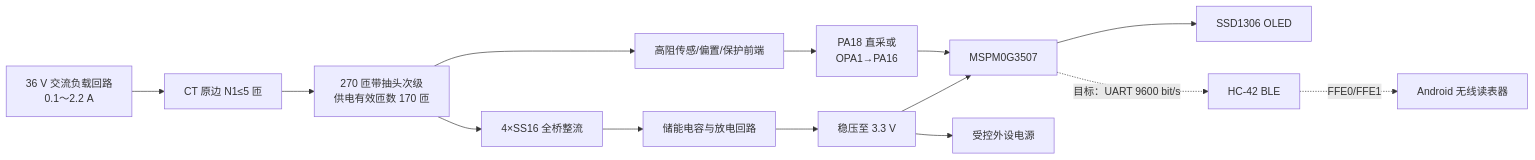
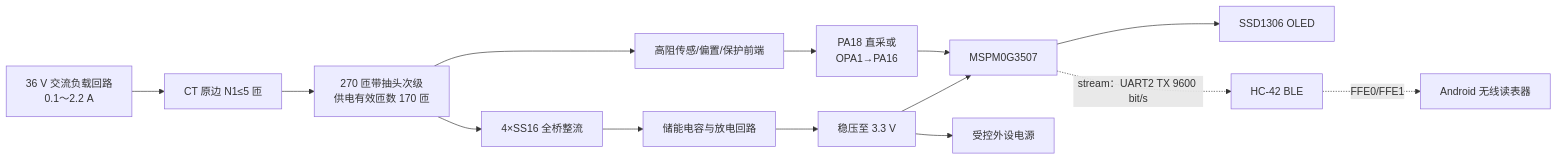
The first of 5 diagrams in docs/本地项目完整方案_硬件与软件.md (one-night-standby/passive-ac-ammeter-and-wireless-reader), drawn with Mermaid before and after one commit. The commit also changed other lines of this file, not shown here.

````diff
--- a/docs/本地项目完整方案_硬件与软件.md
+++ b/docs/本地项目完整方案_硬件与软件.md
@@ -18,16 +20,16 @@
 ```mermaid
 flowchart LR
     L["36 V 交流负载回路<br/>0.1～2.2 A"] --> CT["CT 原边 N1≤5 匝"]
     CT --> SEC["270 匝带抽头次级<br/>供电有效匝数 170 匝"]
     SEC --> BR["4×SS16 全桥整流"]
     BR --> STORE["储能电容与放电回路"]
     STORE --> REG["稳压至 3.3 V"]
     REG --> MCU["MSPM0G3507"]
     REG --> LOAD["受控外设电源"]
     SEC --> SENSE["高阻传感/偏置/保护前端"]
     SENSE --> ADC["PA18 直采或<br/>OPA1→PA16"]
     ADC --> MCU
     MCU --> OLED["SSD1306 OLED"]
-    MCU -. "目标：UART 9600 bit/s" .-> BLE["HC-42 BLE"]
+    MCU -. "stream：UART2 TX 9600 bit/s" .-> BLE["HC-42 BLE"]
     BLE -. "FFE0/FFE1" .-> APP["Android 无线读表器"]
 ```
````
